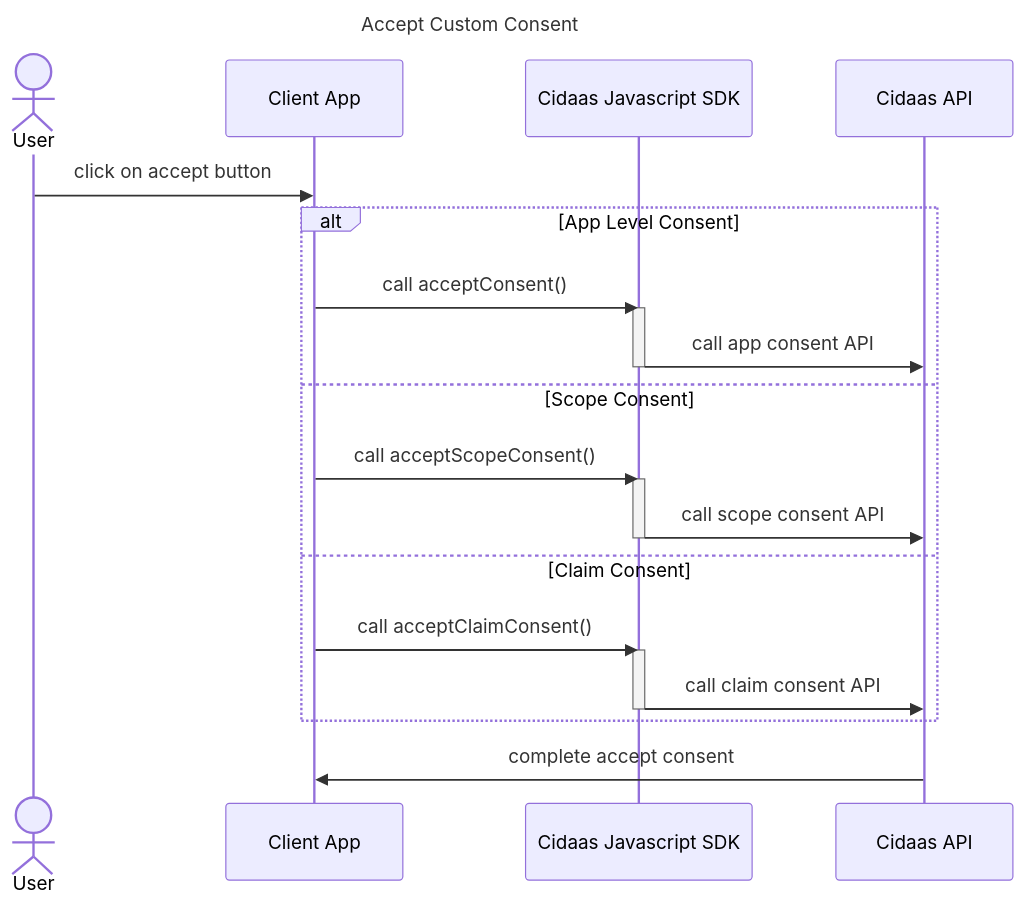
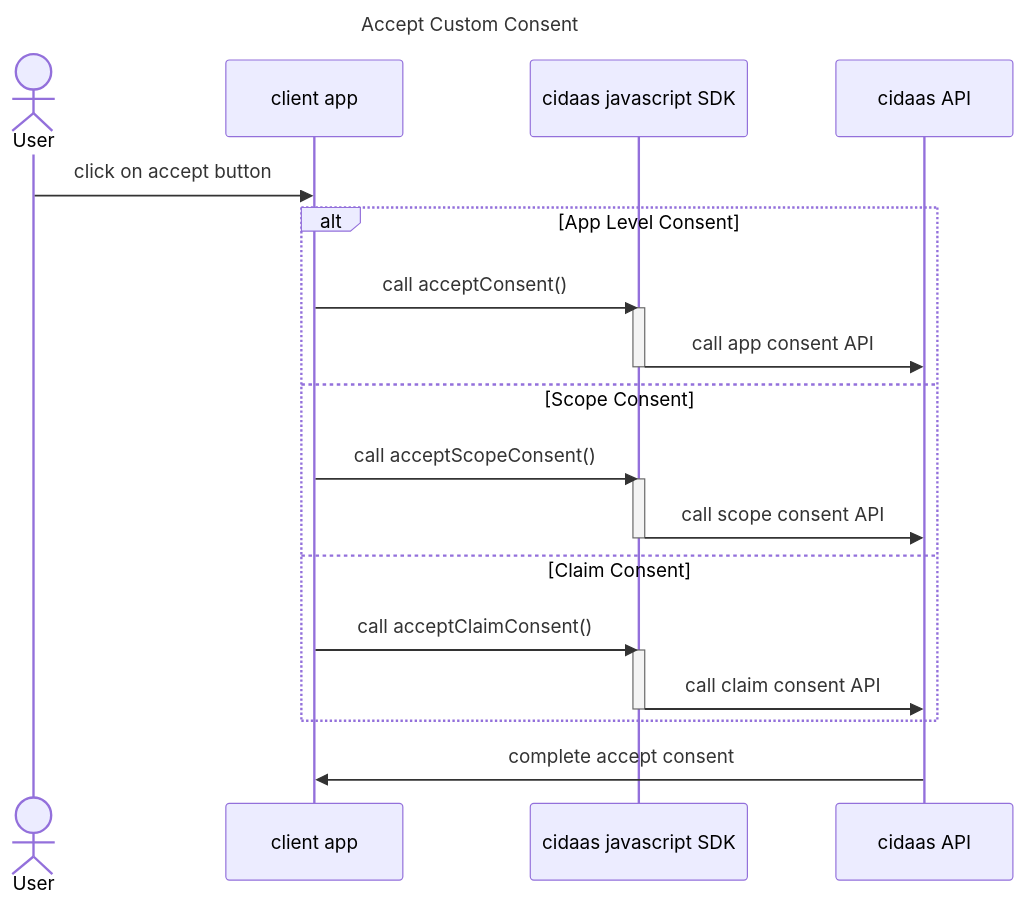
One commit to cidaas/cidaas-javascript-sdk changed the second of 2 diagrams in overview/consent-management.md. Above: the diagram before and after it, drawn with Mermaid. The commit also changed other lines of this file and 7 other files, not shown here.

````diff
--- a/overview/consent-management.md
+++ b/overview/consent-management.md
@@ -56,29 +56,29 @@
 ```mermaid
 ---
 title: Accept Custom Consent
 ---
 sequenceDiagram
   Actor User
-  participant ClientApp as Client App
-  participant CidaasSDK as Cidaas Javascript SDK
-  participant CidaasAPI as Cidaas API
+  participant ClientApp as client app
+  participant CidaasSDK as cidaas javascript SDK
+  participant CidaasAPI as cidaas API
 User ->> ClientApp: click on accept button
 
 alt App Level Consent
     ClientApp ->> CidaasSDK: call acceptConsent()
     activate CidaasSDK
     CidaasSDK ->> CidaasAPI: call app consent API
     deactivate CidaasSDK
 else Scope Consent
     ClientApp ->> CidaasSDK: call acceptScopeConsent()
     activate CidaasSDK
     CidaasSDK ->> CidaasAPI: call scope consent API
     deactivate CidaasSDK
 else Claim Consent
     ClientApp ->> CidaasSDK: call acceptClaimConsent()
     activate CidaasSDK
     CidaasSDK ->> CidaasAPI: call claim consent API
     deactivate CidaasSDK
 end
 CidaasAPI ->> ClientApp: complete accept consent
 ```
````
